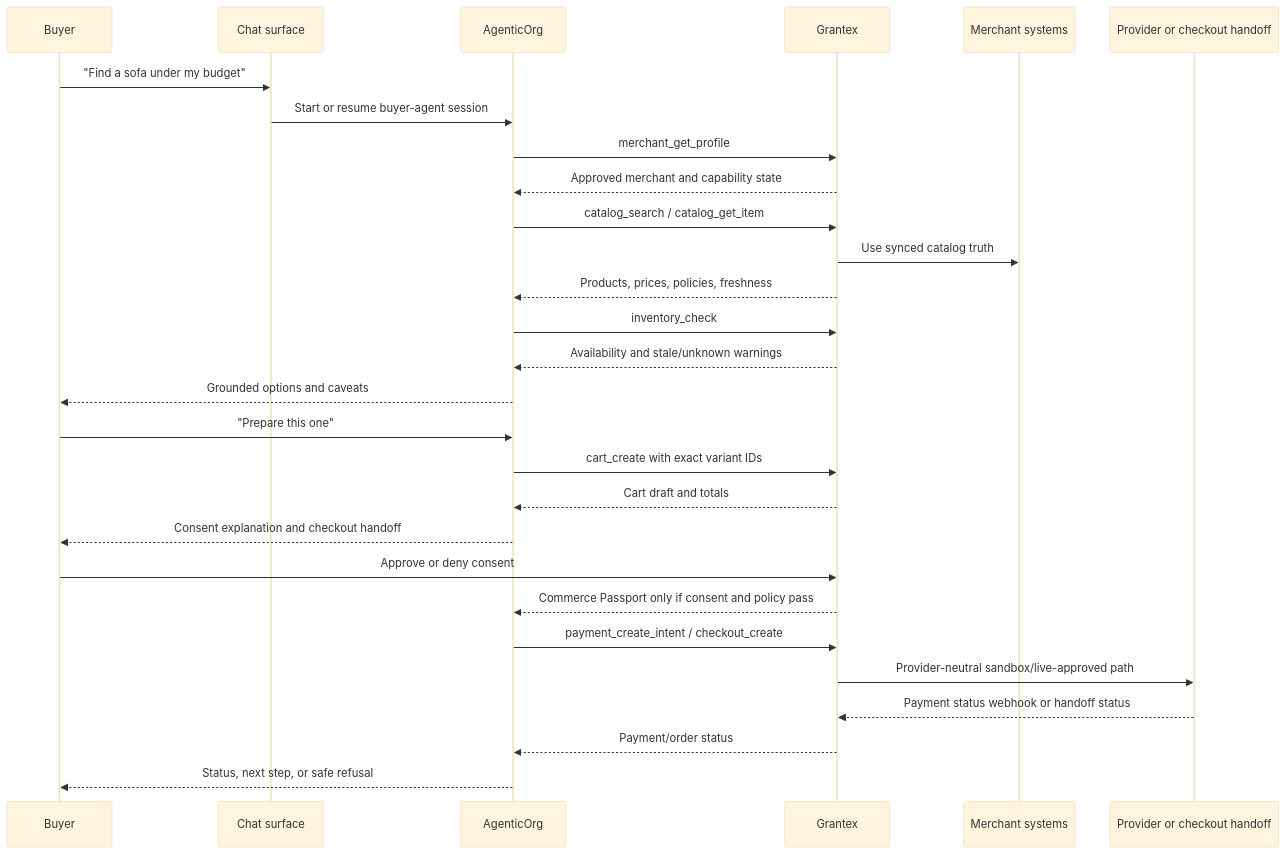
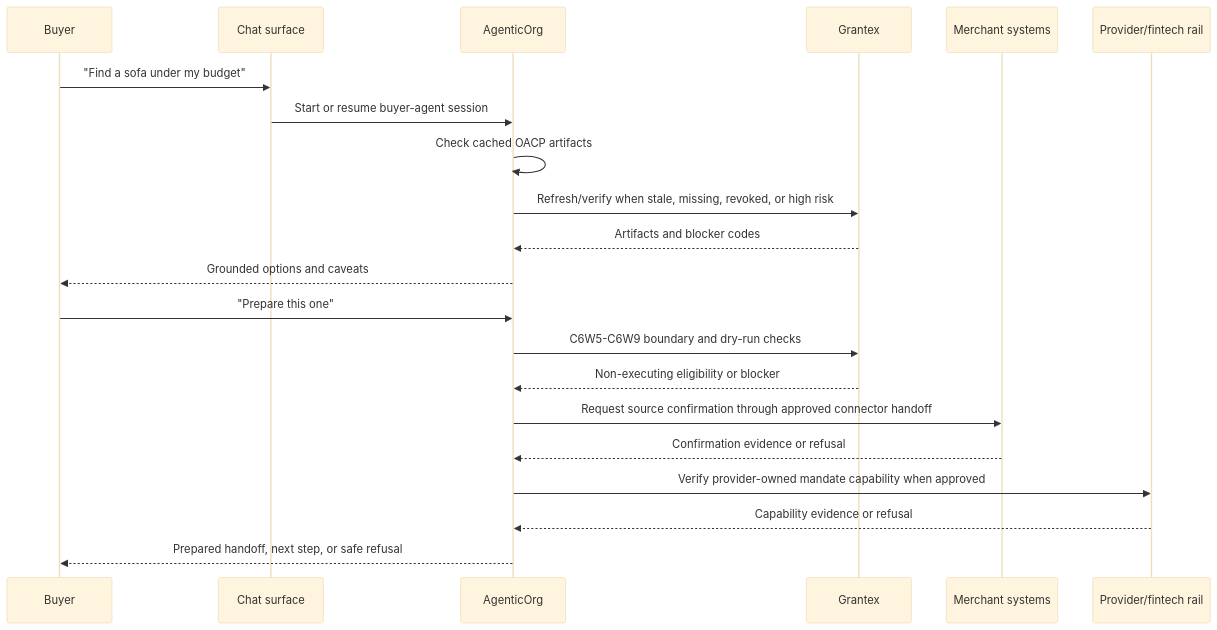
The second of 2 diagrams in docs/commerce-agent-end-to-end-agentic-commerce-flow.md (mishrasanjeev/agentic-org), drawn with Mermaid (base theme) before and after one commit. The commit also changed other lines of this file and 3 other files, not shown here.

Commit message:
docs(commerce): update OACP agent PRD and content plan

````diff
--- a/docs/commerce-agent-end-to-end-agentic-commerce-flow.md
+++ b/docs/commerce-agent-end-to-end-agentic-commerce-flow.md
@@ -81,31 +87,24 @@
 ```mermaid
 sequenceDiagram
   participant B as Buyer
   participant C as Chat surface
   participant A as AgenticOrg
   participant G as Grantex
   participant M as Merchant systems
-  participant P as Provider or checkout handoff
+  participant P as Provider/fintech rail
 
   B->>C: "Find a sofa under my budget"
   C->>A: Start or resume buyer-agent session
-  A->>G: merchant_get_profile
-  G-->>A: Approved merchant and capability state
-  A->>G: catalog_search / catalog_get_item
-  G->>M: Use synced catalog truth
-  G-->>A: Products, prices, policies, freshness
-  A->>G: inventory_check
-  G-->>A: Availability and stale/unknown warnings
+  A->>A: Check cached OACP artifacts
+  A->>G: Refresh/verify when stale, missing, revoked, or high risk
+  G-->>A: Artifacts and blocker codes
   A-->>B: Grounded options and caveats
   B->>A: "Prepare this one"
-  A->>G: cart_create with exact variant IDs
-  G-->>A: Cart draft and totals
-  A-->>B: Consent explanation and checkout handoff
-  B->>G: Approve or deny consent
-  G-->>A: Commerce Passport only if consent and policy pass
-  A->>G: payment_create_intent / checkout_create
-  G->>P: Provider-neutral sandbox/live-approved path
-  P-->>G: Payment status webhook or handoff status
-  G-->>A: Payment/order status
-  A-->>B: Status, next step, or safe refusal
+  A->>G: C6W5-C6W9 boundary and dry-run checks
+  G-->>A: Non-executing eligibility or blocker
+  A->>M: Request source confirmation through approved connector handoff
+  M-->>A: Confirmation evidence or refusal
+  A->>P: Verify provider-owned mandate capability when approved
+  P-->>A: Capability evidence or refusal
+  A-->>B: Prepared handoff, next step, or safe refusal
 ```
````
